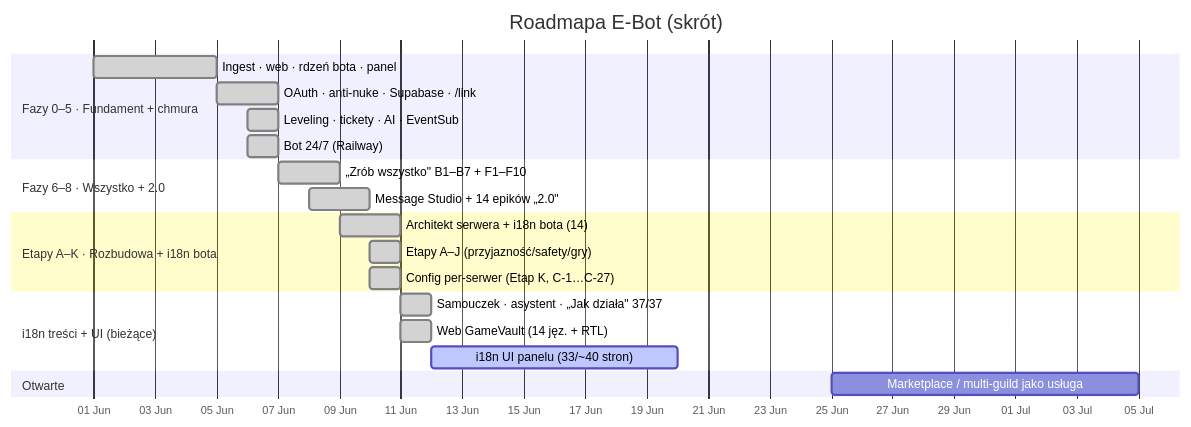
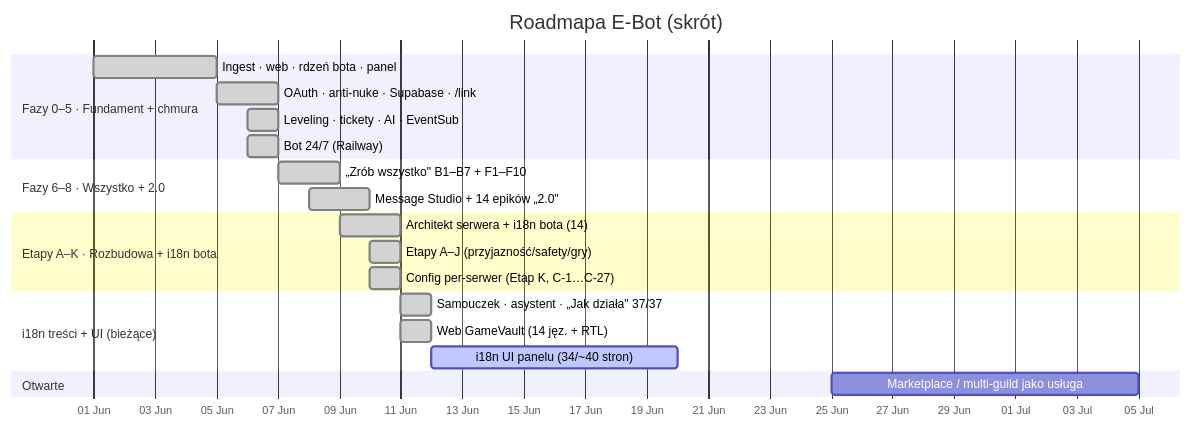
The first of 2 diagrams in docs/ROADMAP.md (Gh0s777tt/E-Bot), drawn with Mermaid before and after one commit. The commit also changed other lines of this file and 10 other files, not shown here.

````diff
--- a/docs/ROADMAP.md
+++ b/docs/ROADMAP.md
@@ -23,24 +23,24 @@
 ```mermaid
 gantt
   title Roadmapa E-Bot (skrót)
   dateFormat YYYY-MM-DD
   axisFormat %d %b
   section Fazy 0–5 · Fundament + chmura
   Ingest · web · rdzeń bota · panel    :done, f0, 2026-06-01, 4d
   OAuth · anti-nuke · Supabase · /link :done, f1, 2026-06-05, 2d
   Leveling · tickety · AI · EventSub   :done, f4, 2026-06-06, 1d
   Bot 24/7 (Railway)                   :done, f5, 2026-06-06, 1d
   section Fazy 6–8 · Wszystko + 2.0
   „Zrób wszystko" B1–B7 + F1–F10       :done, f7, 2026-06-07, 2d
   Message Studio + 14 epików „2.0"     :done, f8, 2026-06-08, 2d
   section Etapy A–K · Rozbudowa + i18n bota
   Architekt serwera + i18n bota (14)   :done, ek1, 2026-06-09, 2d
   Etapy A–J (przyjazność/safety/gry)   :done, ek2, 2026-06-10, 1d
   Config per-serwer (Etap K, C-1…C-27) :done, ek3, 2026-06-10, 1d
   section i18n treści + UI (bieżące)
   Samouczek · asystent · „Jak działa" 37/37 :done, i1, 2026-06-11, 1d
   Web GameVault (14 jęz. + RTL)        :done, i2, 2026-06-11, 1d
-  i18n UI panelu (33/~40 stron)        :active, i3, 2026-06-12, 8d
+  i18n UI panelu (34/~40 stron)        :active, i3, 2026-06-12, 8d
   section Otwarte
   Marketplace / multi-guild jako usługa :        mk, 2026-06-25, 10d
 ```
````
